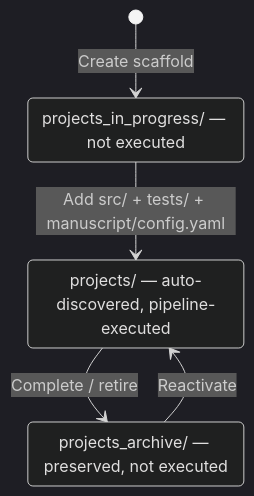
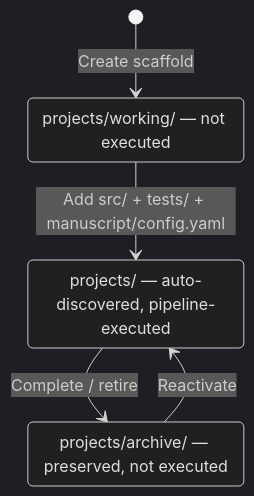
One commit to docxology/template changed the fourth of 8 diagrams in .github/README.md. Above: the diagram before and after it, drawn with Mermaid (dark theme). The commit also changed other lines of this file and 1821 other files, not shown here.

````diff
--- a/.github/README.md
+++ b/.github/README.md
@@ -367,11 +376,11 @@
 ```mermaid
 stateDiagram-v2
     [*] --> InProgress: Create scaffold
     InProgress --> Active: Add src/ + tests/ + manuscript/config.yaml
     Active --> Archive: Complete / retire
     Archive --> Active: Reactivate
 
-    InProgress : projects_in_progress/ — not executed
+    InProgress : projects/working/ — not executed
     Active : projects/ — auto-discovered, pipeline-executed
-    Archive : projects_archive/ — preserved, not executed
+    Archive : projects/archive/ — preserved, not executed
 ```
````
